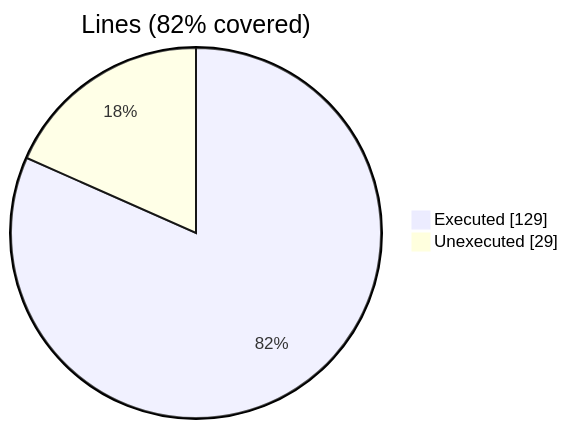
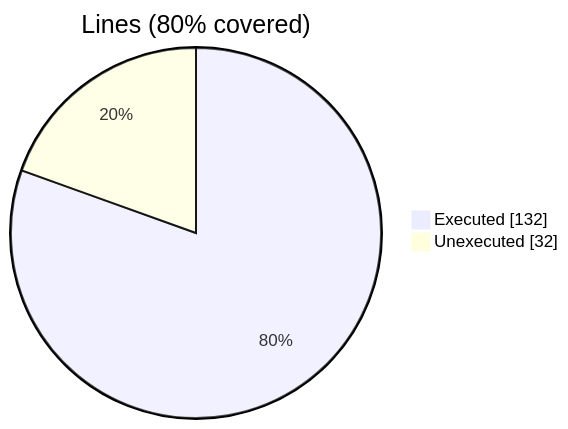
The first of 2 diagrams in docs/guide/fossil_file_stl_object.f90.gcov.md (szaghi/FOSSIL), drawn with Mermaid before and after one commit. The commit also changed other lines of this file and 40 other files, not shown here.

````diff
--- a/docs/guide/fossil_file_stl_object.f90.gcov.md
+++ b/docs/guide/fossil_file_stl_object.f90.gcov.md
@@ -10,6 +10,6 @@
 ```mermaid
 pie showData
-    title Lines (82% covered)
-    "Executed" : 129
-    "Unexecuted" : 29
+    title Lines (80% covered)
+    "Executed" : 132
+    "Unexecuted" : 32
 ```
````
